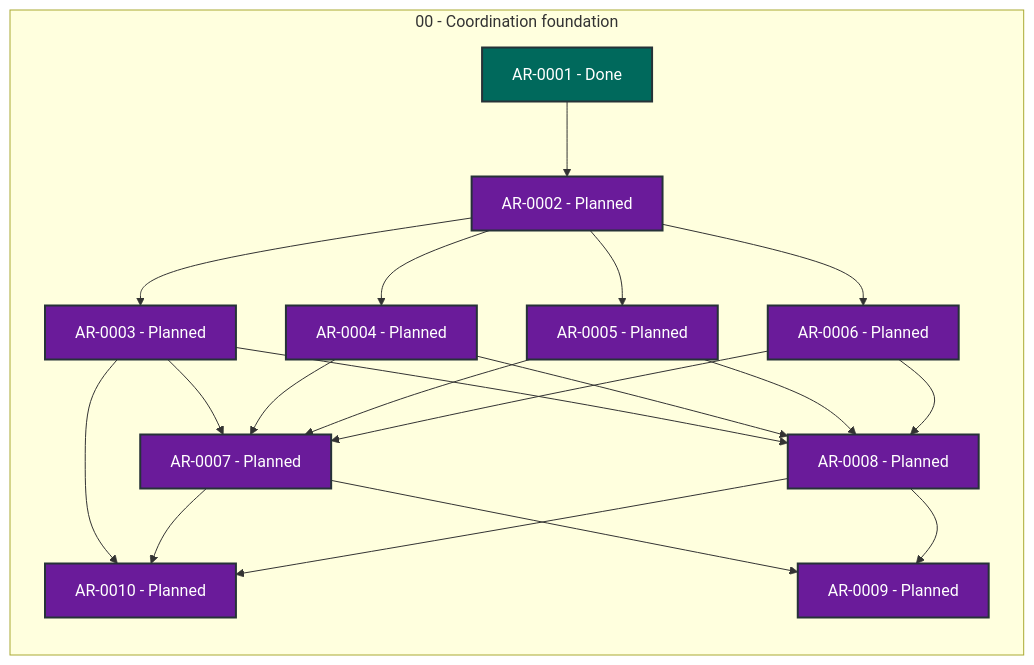
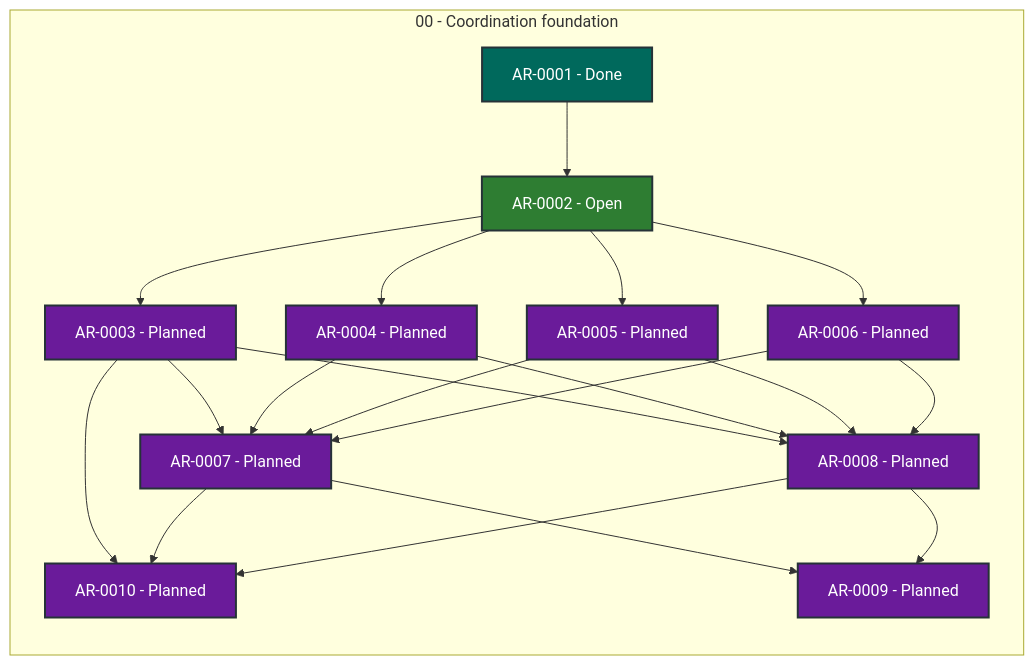
Before and after one commit to martin-beck/agent-workflow-coordinator-state: the diagram in STATUS.md, drawn with Mermaid. The commit also changed other lines of this file and 2 other files, not shown here.

````diff
--- a/STATUS.md
+++ b/STATUS.md
@@ -27,42 +27,42 @@
 ```mermaid
 flowchart LR
     subgraph series_00["00 - Coordination foundation"]
         direction TB
         AR_0001["AR-0001 - Done"]:::status_done
-        AR_0002["AR-0002 - Planned"]:::status_planned
+        AR_0002["AR-0002 - Open"]:::status_open
         AR_0003["AR-0003 - Planned"]:::status_planned
         AR_0004["AR-0004 - Planned"]:::status_planned
         AR_0005["AR-0005 - Planned"]:::status_planned
         AR_0006["AR-0006 - Planned"]:::status_planned
         AR_0007["AR-0007 - Planned"]:::status_planned
         AR_0008["AR-0008 - Planned"]:::status_planned
         AR_0009["AR-0009 - Planned"]:::status_planned
         AR_0010["AR-0010 - Planned"]:::status_planned
     end
     AR_0001 --> AR_0002
     AR_0002 --> AR_0003
     AR_0002 --> AR_0004
     AR_0002 --> AR_0005
     AR_0002 --> AR_0006
     AR_0003 --> AR_0007
     AR_0003 --> AR_0008
     AR_0003 --> AR_0010
     AR_0004 --> AR_0007
     AR_0004 --> AR_0008
     AR_0005 --> AR_0007
     AR_0005 --> AR_0008
     AR_0006 --> AR_0007
     AR_0006 --> AR_0008
     AR_0007 --> AR_0009
     AR_0007 --> AR_0010
     AR_0008 --> AR_0009
     AR_0008 --> AR_0010
     classDef status_in_progress fill:#1565c0,color:#ffffff,stroke:#263238,stroke-width:2px
     classDef status_open fill:#2e7d32,color:#ffffff,stroke:#263238,stroke-width:2px
     classDef status_blocked fill:#c62828,color:#ffffff,stroke:#263238,stroke-width:2px
     classDef status_planned fill:#6a1b9a,color:#ffffff,stroke:#263238,stroke-width:2px
     classDef status_future fill:#455a64,color:#ffffff,stroke:#263238,stroke-width:2px
     classDef status_done fill:#00695c,color:#ffffff,stroke:#263238,stroke-width:2px
     classDef status_cancelled fill:#616161,color:#ffffff,stroke:#263238,stroke-width:2px
     classDef status_superseded fill:#5d4037,color:#ffffff,stroke:#263238,stroke-width:2px
 ```
````
